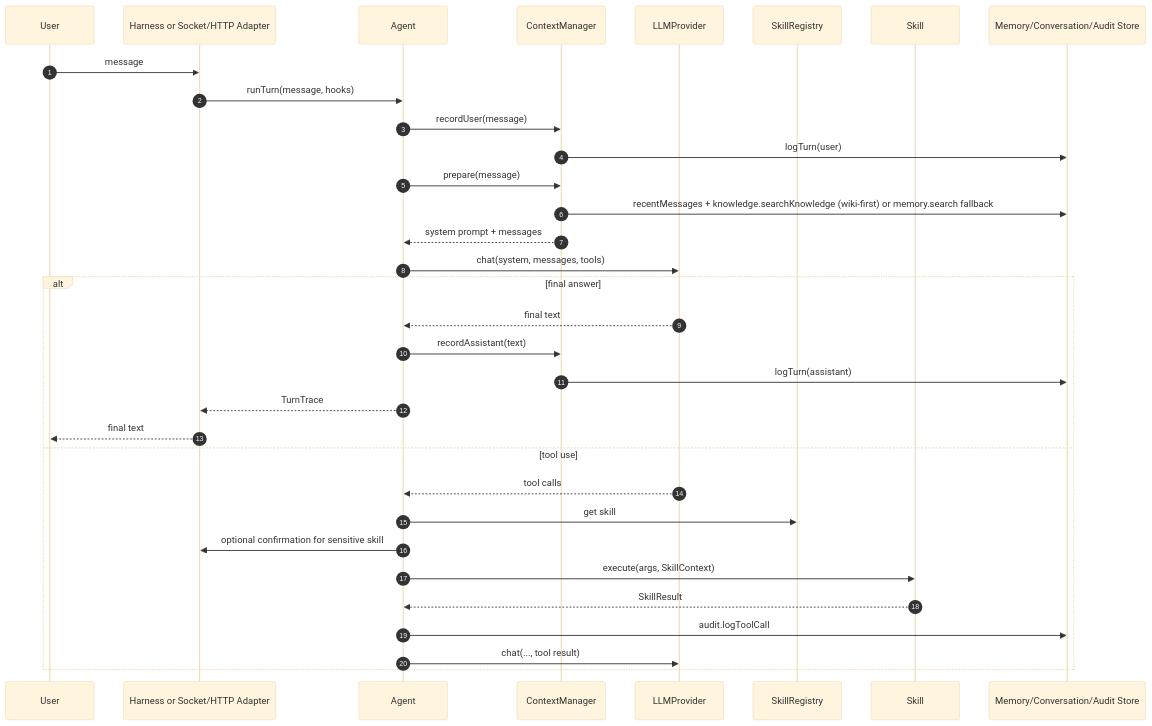
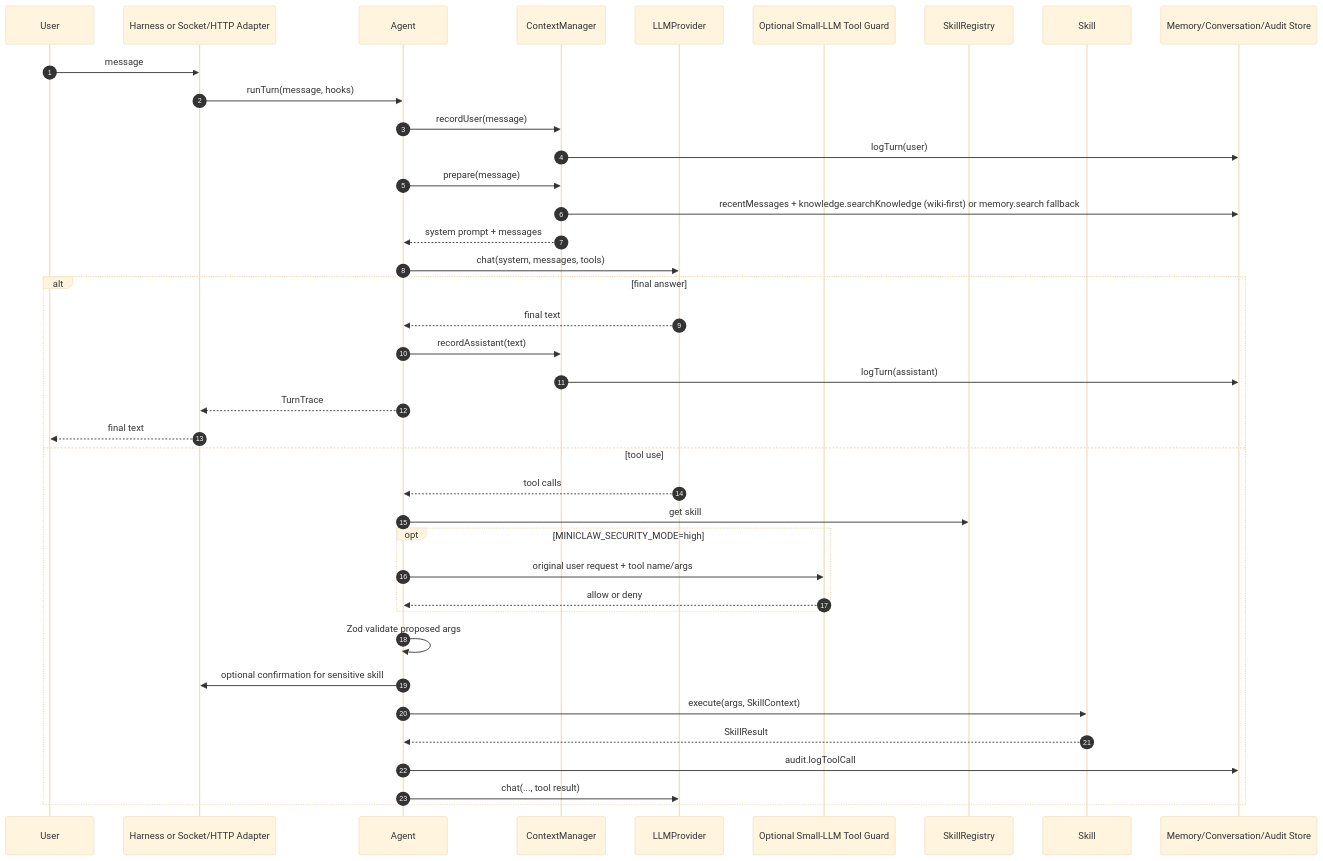
One commit to Crazy-Faust/miniclaw changed the second of 6 diagrams in docs/ARCHITECTURE.md. Above: the diagram before and after it, drawn with Mermaid (base theme). The commit also changed other lines of this file and 16 other files, not shown here.

Commit message:
Add high security tool gate

````diff
--- a/docs/ARCHITECTURE.md
+++ b/docs/ARCHITECTURE.md
@@ -104,36 +104,42 @@
 ```mermaid
 sequenceDiagram
   autonumber
   participant User
   participant Harness as Harness or Socket/HTTP Adapter
   participant Agent
   participant Context as ContextManager
   participant LLM as LLMProvider
+  participant Guard as Optional Small-LLM Tool Guard
   participant Registry as SkillRegistry
   participant Skill
   participant Store as Memory/Conversation/Audit Store
 
   User->>Harness: message
   Harness->>Agent: runTurn(message, hooks)
   Agent->>Context: recordUser(message)
   Context->>Store: logTurn(user)
   Agent->>Context: prepare(message)
   Context->>Store: recentMessages + knowledge.searchKnowledge (wiki-first) or memory.search fallback
   Context-->>Agent: system prompt + messages
   Agent->>LLM: chat(system, messages, tools)
   alt final answer
     LLM-->>Agent: final text
     Agent->>Context: recordAssistant(text)
     Context->>Store: logTurn(assistant)
     Agent-->>Harness: TurnTrace
     Harness-->>User: final text
   else tool use
     LLM-->>Agent: tool calls
     Agent->>Registry: get skill
+    opt MINICLAW_SECURITY_MODE=high
+      Agent->>Guard: original user request + tool name/args
+      Guard-->>Agent: allow or deny
+    end
+    Agent->>Agent: Zod validate proposed args
     Agent->>Harness: optional confirmation for sensitive skill
     Agent->>Skill: execute(args, SkillContext)
     Skill-->>Agent: SkillResult
     Agent->>Store: audit.logToolCall
     Agent->>LLM: chat(..., tool result)
   end
 ```
````
